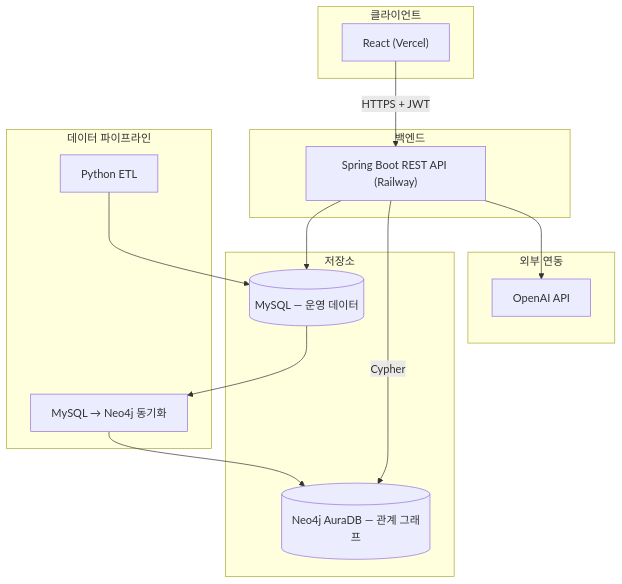
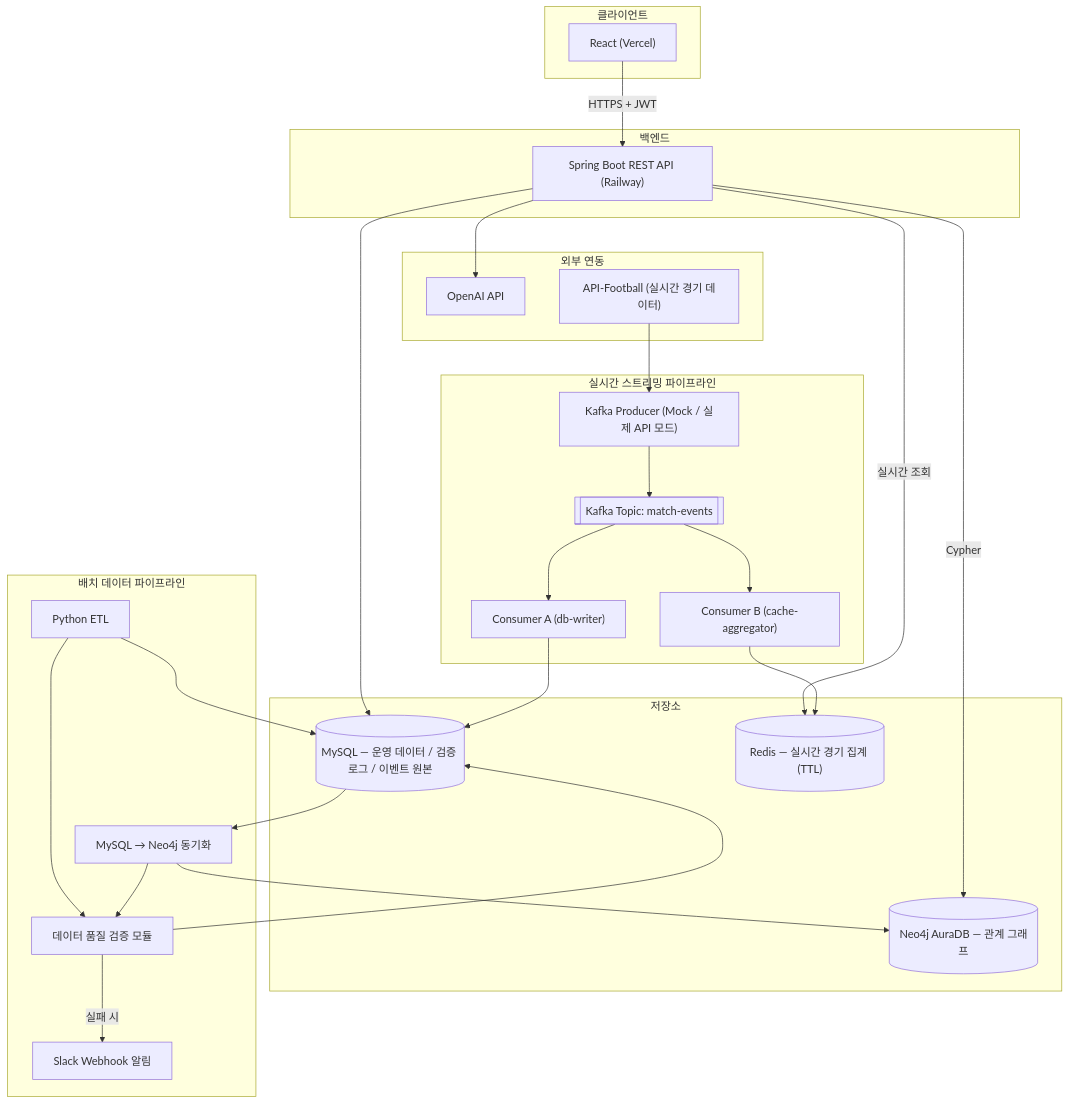
One commit to hyunsu1004/MyBEST11-BE changed the diagram in README.md. Above: the diagram before and after it, drawn with Mermaid. The commit also changed other lines of this file, not shown here.

````diff
--- a/README.md
+++ b/README.md
@@ -44,31 +48,53 @@
 ```mermaid
 flowchart TB
     subgraph Client["클라이언트"]
         FE["React (Vercel)"]
     end
 
     subgraph Backend["백엔드"]
         API["Spring Boot REST API (Railway)"]
     end
 
     subgraph Storage["저장소"]
-        MySQL[("MySQL — 운영 데이터")]
+        MySQL[("MySQL — 운영 데이터 / 검증 로그 / 이벤트 원본")]
         Neo4j[("Neo4j AuraDB — 관계 그래프")]
+        Redis[("Redis — 실시간 경기 집계 (TTL)")]
     end
 
     subgraph External["외부 연동"]
         OpenAI["OpenAI API"]
+        FootballAPI["API-Football (실시간 경기 데이터)"]
     end
 
-    subgraph Pipeline["데이터 파이프라인"]
+    subgraph Pipeline["배치 데이터 파이프라인"]
         ETL["Python ETL"]
         Sync["MySQL → Neo4j 동기화"]
+        Validator["데이터 품질 검증 모듈"]
+        Slack["Slack Webhook 알림"]
+    end
+
+    subgraph Streaming["실시간 스트리밍 파이프라인"]
+        Producer["Kafka Producer (Mock / 실제 API 모드)"]
+        Kafka[["Kafka Topic: match-events"]]
+        ConsumerDB["Consumer A (db-writer)"]
+        ConsumerCache["Consumer B (cache-aggregator)"]
     end
 
     FE -->|HTTPS + JWT| API
     API --> MySQL
     API -->|Cypher| Neo4j
     API --> OpenAI
+    API -->|실시간 조회| Redis
+
     ETL --> MySQL
     MySQL --> Sync --> Neo4j
+    ETL --> Validator
+    Sync --> Validator
+    Validator --> MySQL
+    Validator -->|실패 시| Slack
+
+    FootballAPI --> Producer
+    Producer --> Kafka
+    Kafka --> ConsumerDB --> MySQL
+    Kafka --> ConsumerCache --> Redis
 ```
````
